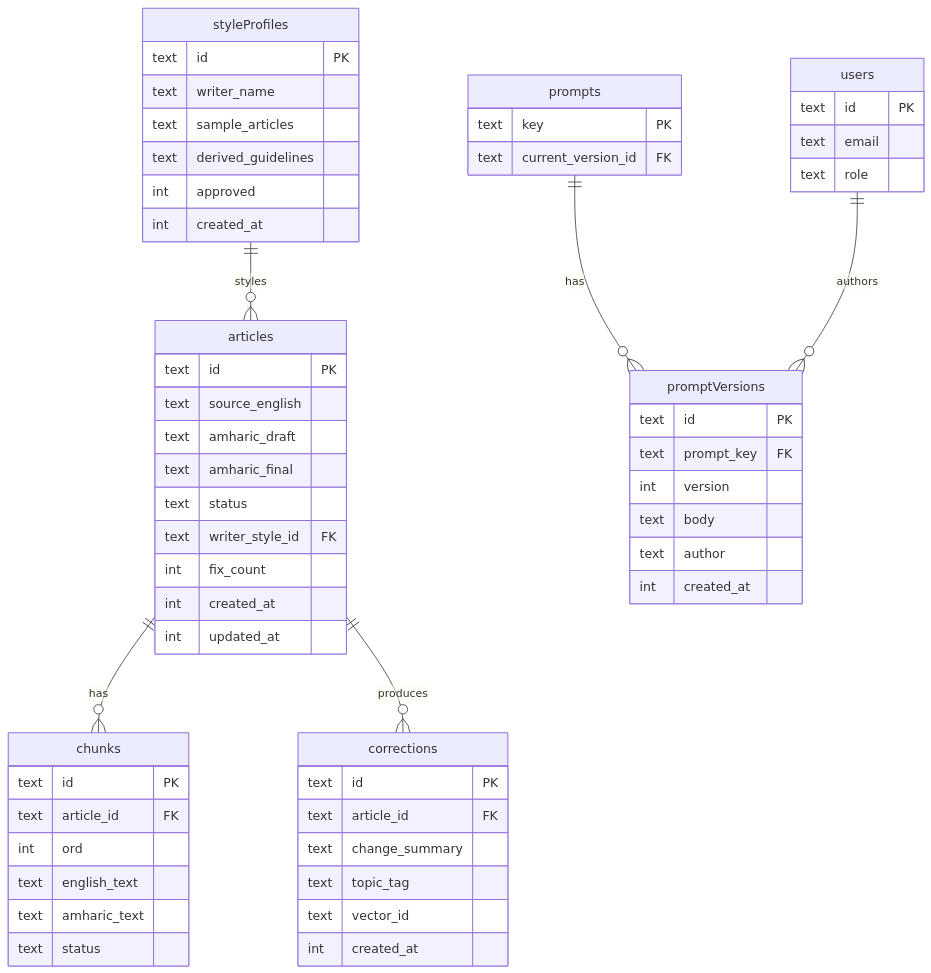
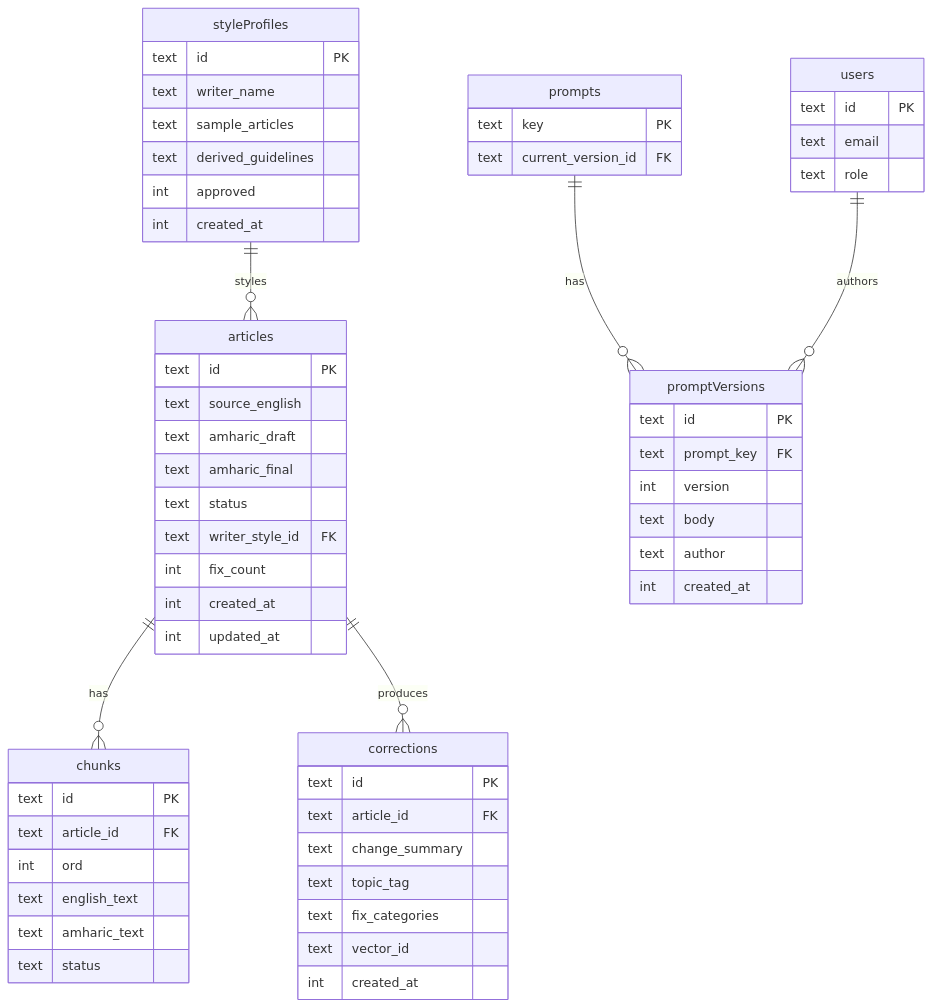
Before and after one commit to davezking/Ai-translate-engine: the second of 2 diagrams in architecture.md, drawn with Mermaid. The commit also changed other lines of this file and 14 other files, not shown here.

````diff
--- a/architecture.md
+++ b/architecture.md
@@ -73,61 +73,62 @@
 ```mermaid
 erDiagram
     articles ||--o{ chunks : has
     articles ||--o{ corrections : produces
     styleProfiles ||--o{ articles : styles
     prompts ||--o{ promptVersions : has
     users ||--o{ promptVersions : authors
 
     articles {
       text id PK
       text source_english
       text amharic_draft
       text amharic_final
       text status
       text writer_style_id FK
       int  fix_count
       int  created_at
       int  updated_at
     }
     chunks {
       text id PK
       text article_id FK
       int  ord
       text english_text
       text amharic_text
       text status
     }
     corrections {
       text id PK
       text article_id FK
       text change_summary
       text topic_tag
+      text fix_categories
       text vector_id
       int  created_at
     }
     styleProfiles {
       text id PK
       text writer_name
       text sample_articles
       text derived_guidelines
       int  approved
       int  created_at
     }
     prompts {
       text key PK
       text current_version_id FK
     }
     promptVersions {
       text id PK
       text prompt_key FK
       int  version
       text body
       text author
       int  created_at
     }
     users {
       text id PK
       text email
       text role
     }
 ```
````
